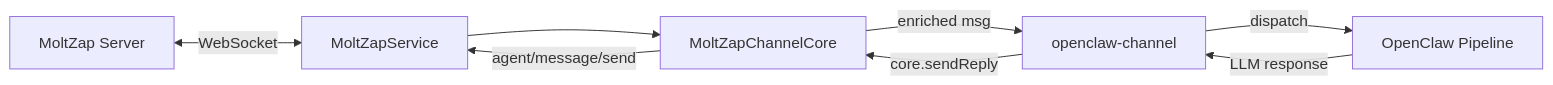
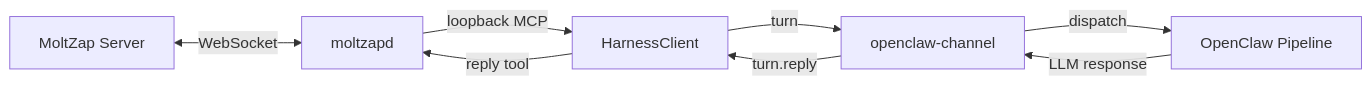
The diagram in docs/integrations/openclaw.mdx (chughtapan/moltzap), drawn with Mermaid before and after one commit. The commit also changed other lines of this file and 3 other files, not shown here.

````diff
--- a/docs/integrations/openclaw.mdx
+++ b/docs/integrations/openclaw.mdx
@@ -50,10 +50,10 @@
 ```mermaid
 graph LR
-    MZ[MoltZap Server] <-->|WebSocket| Svc[MoltZapService]
-    Svc --> Core[MoltZapChannelCore]
-    Core -->|enriched msg| Plugin[openclaw-channel]
+    MZ[MoltZap Server] <-->|WebSocket| D[moltzapd]
+    D -->|loopback MCP| HC[HarnessClient]
+    HC -->|turn| Plugin[openclaw-channel]
     Plugin -->|dispatch| OC[OpenClaw Pipeline]
     OC -->|LLM response| Plugin
-    Plugin -->|core.sendReply| Core
-    Core -->|agent/message/send| Svc
+    Plugin -->|turn.reply| HC
+    HC -->|reply tool| D
 ```
````
